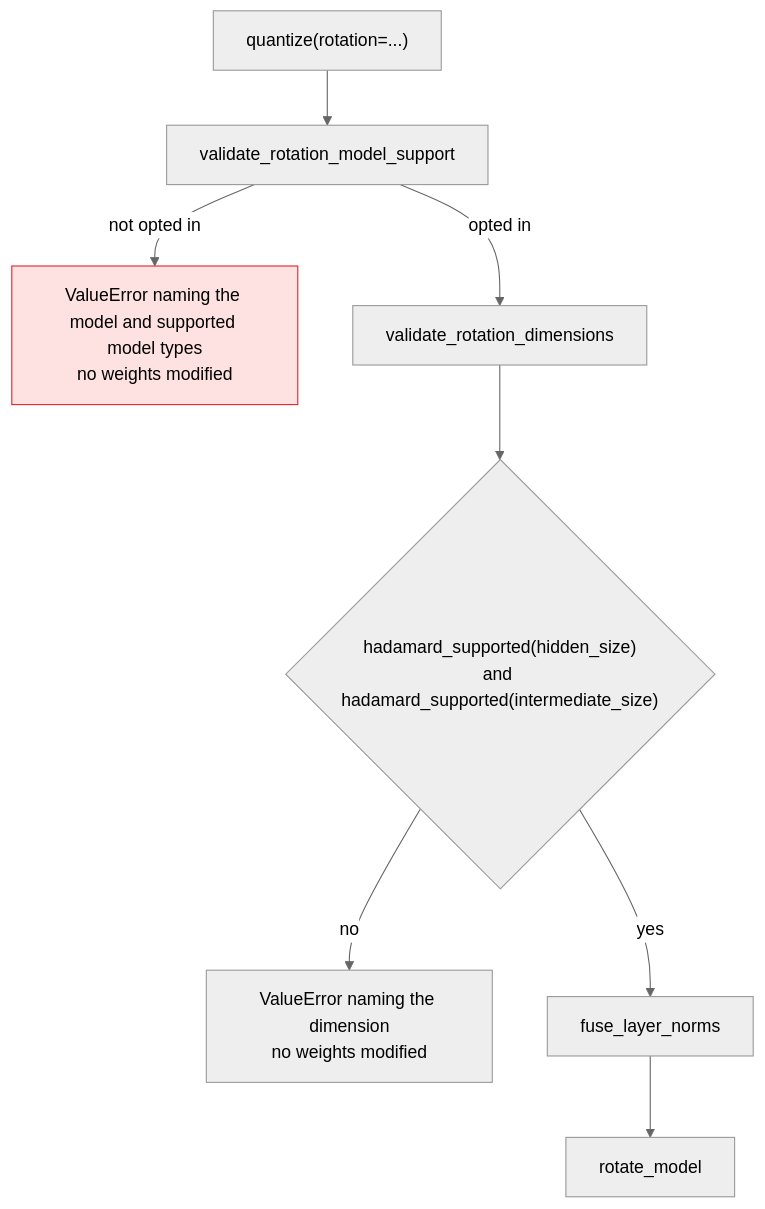
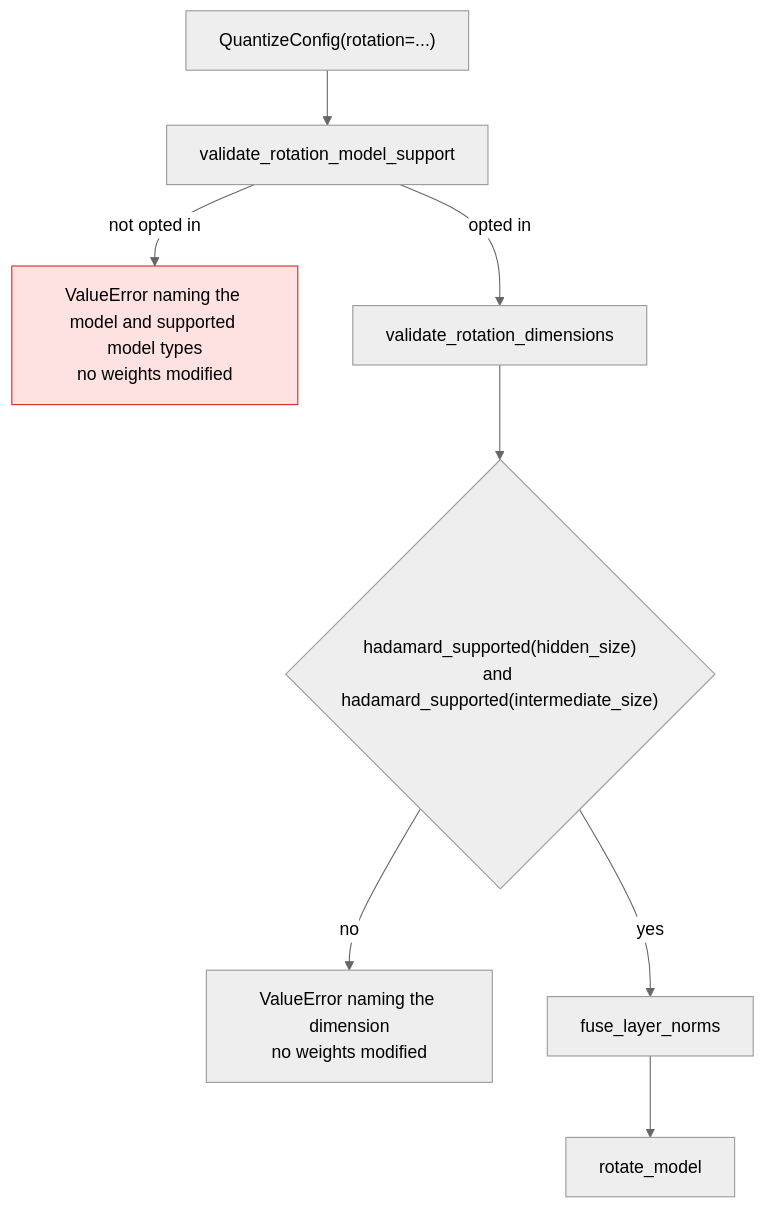
One commit to ModelCloud/GPTQModel changed the fourth of 5 diagrams in docs/quantization-features.md. Above: the diagram before and after it, drawn with Mermaid (neutral theme). The commit also changed other lines of this file and 44 other files, not shown here.

````diff
--- a/docs/quantization-features.md
+++ b/docs/quantization-features.md
@@ -114,11 +114,11 @@
 ```mermaid
 flowchart TD
-    A["quantize(rotation=...)"] --> M["validate_rotation_model_support"]
+    A["QuantizeConfig(rotation=...)"] --> M["validate_rotation_model_support"]
     M -- "not opted in" --> N["ValueError naming the model and supported model types<br/>no weights modified"]
     M -- "opted in" --> B["validate_rotation_dimensions"]
     B --> C{"hadamard_supported(hidden_size)<br/>and hadamard_supported(intermediate_size)"}
     C -- no --> D["ValueError naming the dimension<br/>no weights modified"]
     C -- yes --> E["fuse_layer_norms"]
     E --> F["rotate_model"]
     style N fill:#fde2e1,stroke:#dc2626
 ```
````
